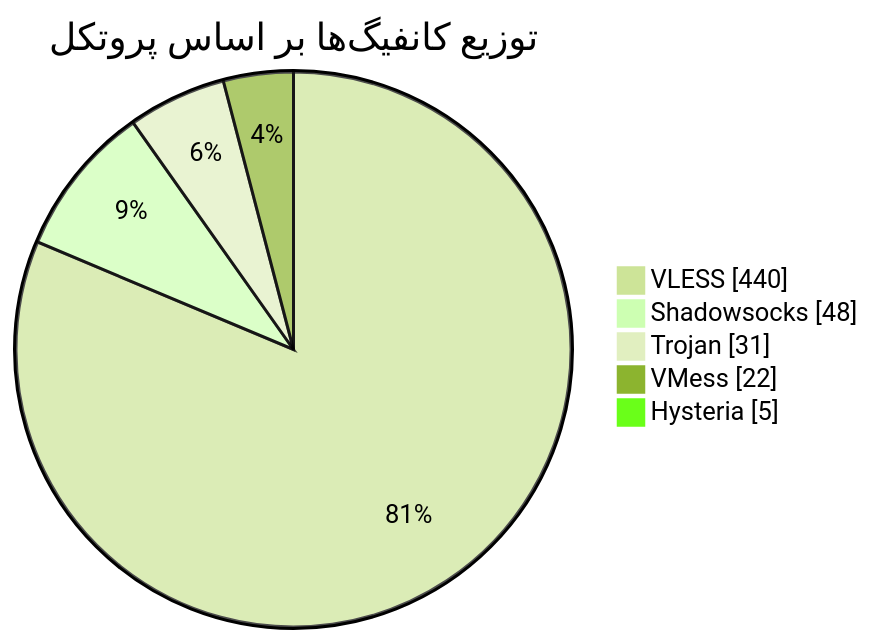
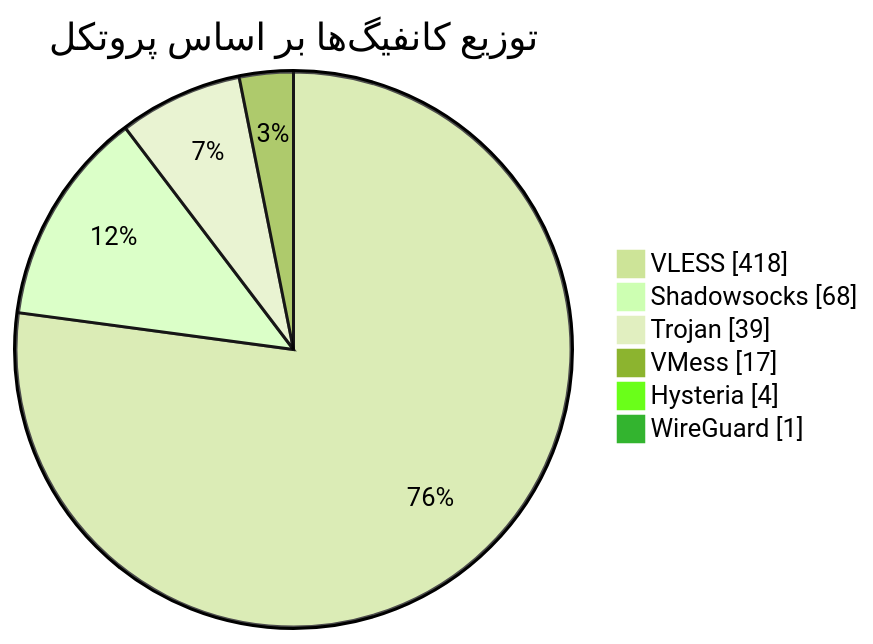
Before and after one commit to Arian-Alijani/Somthing: the diagram in README.md, drawn with Mermaid (forest theme). The commit also changed other lines of this file and 73 other files, not shown here.

````diff
--- a/README.md
+++ b/README.md
@@ -47,9 +48,10 @@
 ```mermaid
 pie showData
     title توزیع کانفیگ‌ها بر اساس پروتکل
-    "VLESS" : 440
-    "Shadowsocks" : 48
-    "Trojan" : 31
-    "VMess" : 22
-    "Hysteria" : 5
+    "VLESS" : 418
+    "Shadowsocks" : 68
+    "Trojan" : 39
+    "VMess" : 17
+    "Hysteria" : 4
+    "WireGuard" : 1
 ```
````
